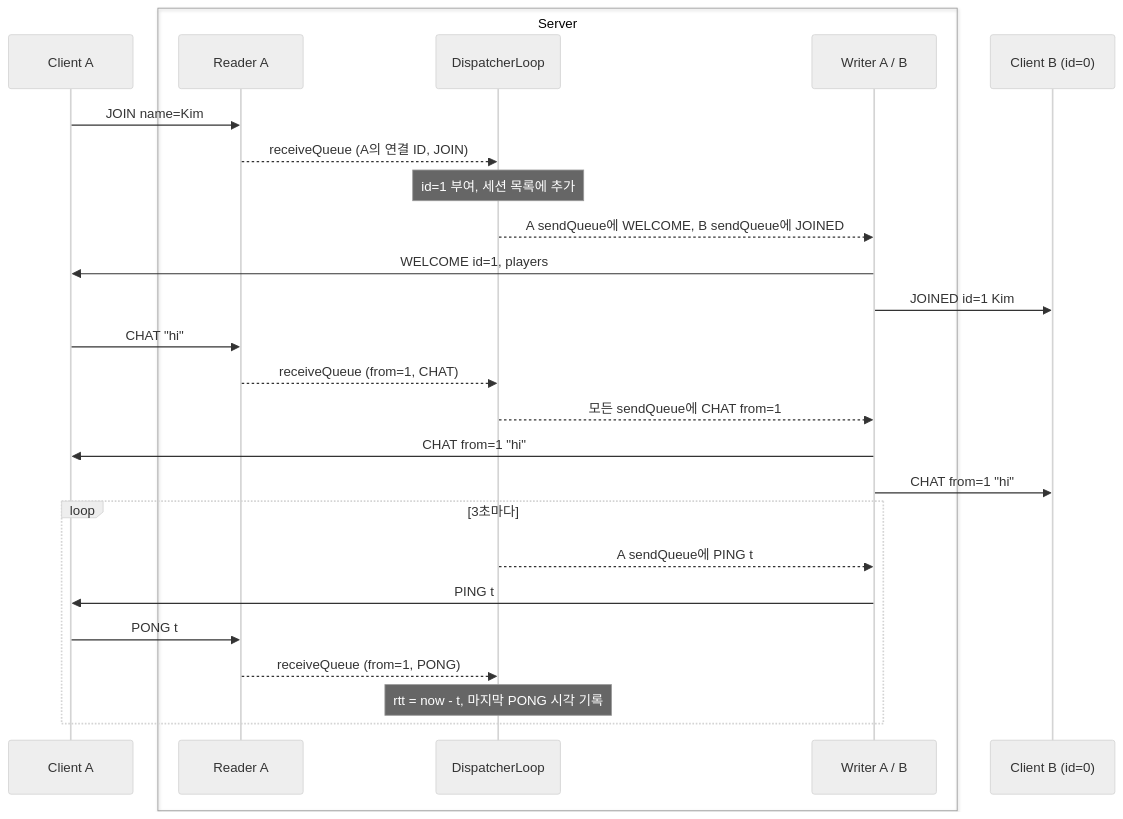
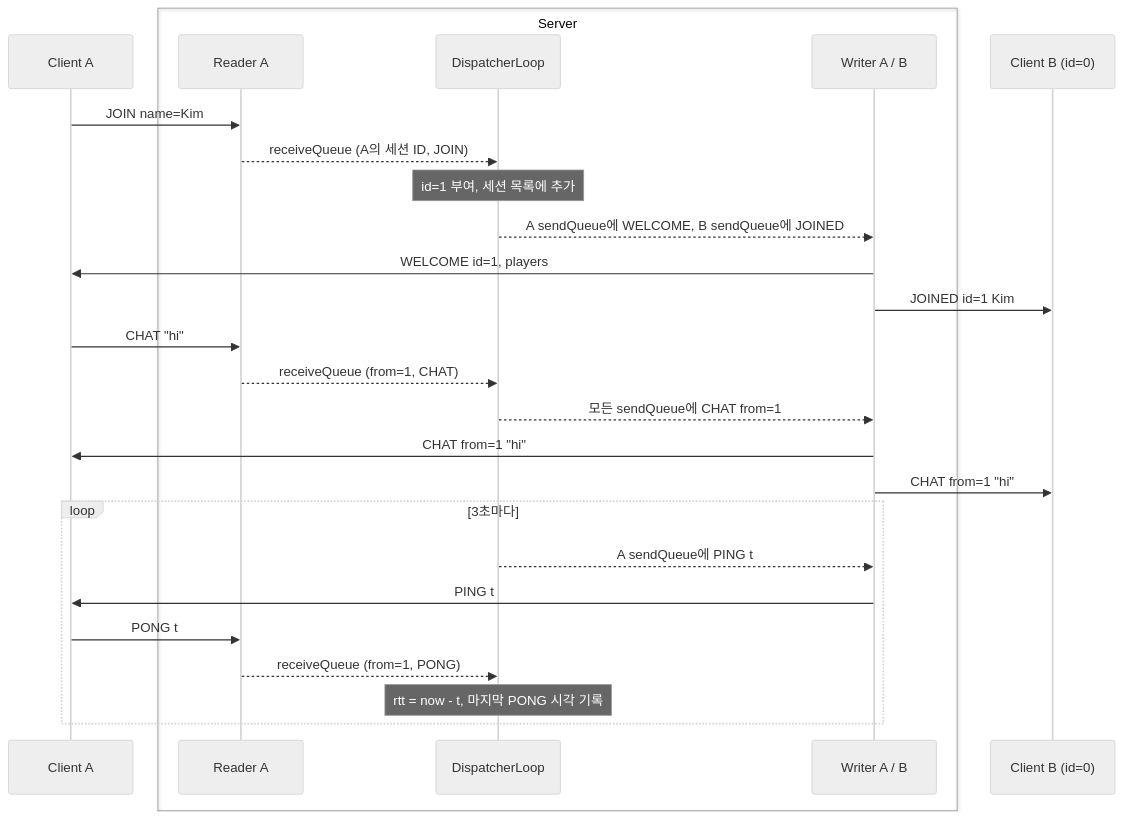
The first of 2 diagrams in docs/thread-diagram/v1/protocol.md (networkMinigame/minigame), drawn with Mermaid (neutral theme) before and after one commit. The commit also changed other lines of this file and 12 other files, not shown here.

````diff
--- a/docs/thread-diagram/v1/protocol.md
+++ b/docs/thread-diagram/v1/protocol.md
@@ -12,31 +12,31 @@
 ```mermaid
 sequenceDiagram
     participant A as Client A
     box Server
         participant RA as Reader A
         participant GL as DispatcherLoop
         participant SQ as Writer A / B
     end
     participant B as Client B (id=0)
 
     A->>RA: JOIN name=Kim
-    RA-->>GL: receiveQueue (A의 연결 ID, JOIN)
+    RA-->>GL: receiveQueue (A의 세션 ID, JOIN)
     Note over GL: id=1 부여, 세션 목록에 추가
     GL-->>SQ: A sendQueue에 WELCOME, B sendQueue에 JOINED
     SQ->>A: WELCOME id=1, players
     SQ->>B: JOINED id=1 Kim
 
     A->>RA: CHAT "hi"
     RA-->>GL: receiveQueue (from=1, CHAT)
     GL-->>SQ: 모든 sendQueue에 CHAT from=1
     SQ->>A: CHAT from=1 "hi"
     SQ->>B: CHAT from=1 "hi"
 
     loop 3초마다
         GL-->>SQ: A sendQueue에 PING t
         SQ->>A: PING t
         A->>RA: PONG t
         RA-->>GL: receiveQueue (from=1, PONG)
         Note over GL: rtt = now - t, 마지막 PONG 시각 기록
     end
 ```
````
